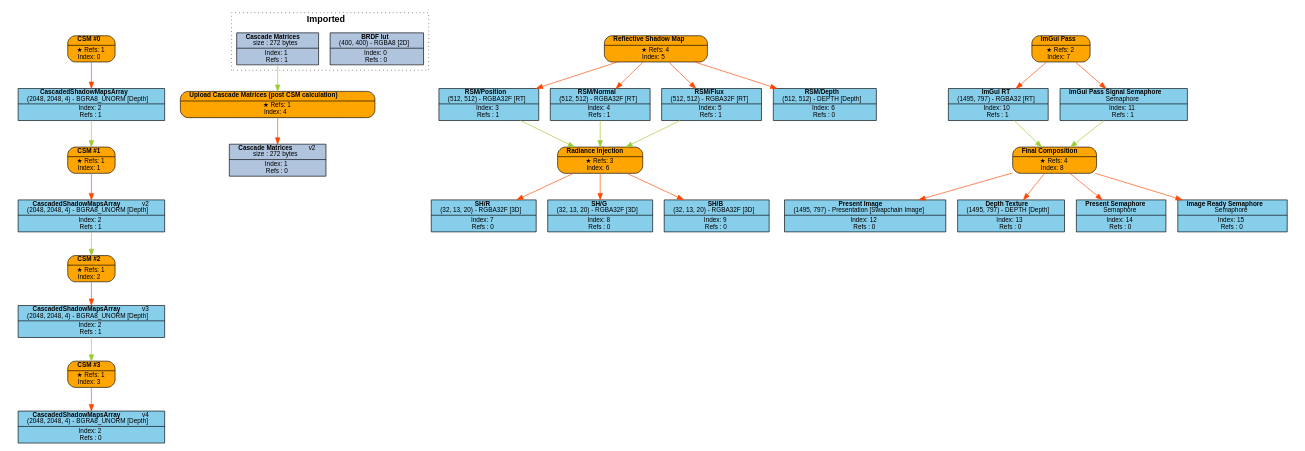
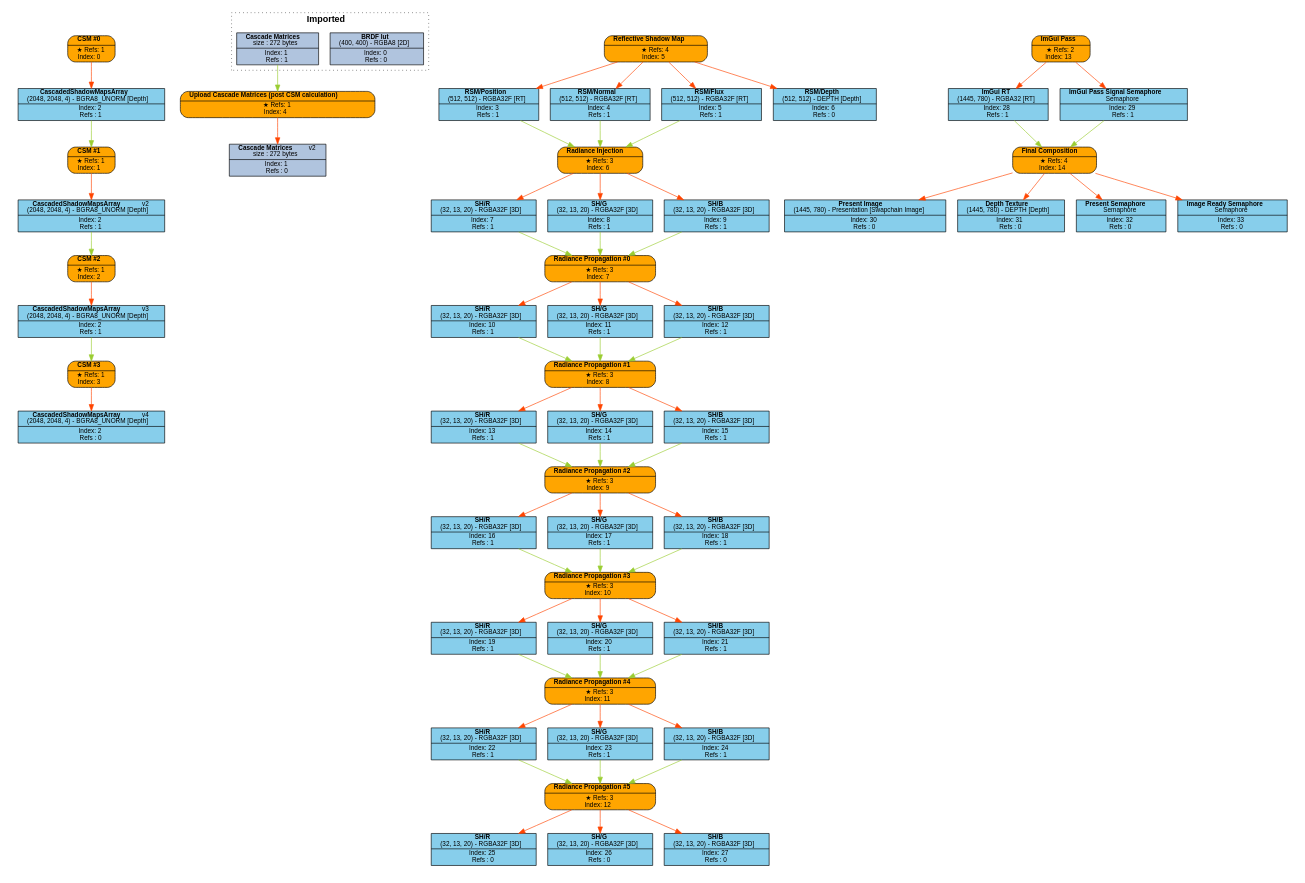
One commit to Pikachuxxxx/Razix changed the diagram in Engine/content/FrameGraphs/frame_graph_test.dot. Above: the diagram before and after it, drawn with Graphviz. The commit also changed 33 other files, not shown here.

Commit message:
[Graphics] Added Radiance Propagation pass for GI; fixed issues with viewport size for radiance injection and propagation pass;

```diff
--- a/Engine/content/FrameGraphs/frame_graph_test.dot
+++ b/Engine/content/FrameGraphs/frame_graph_test.dot
@@ -1,100 +1,166 @@
 digraph FrameGraph {
 graph [style=invis, rankdir="TB" ordering=out, splines=spline]
 node [shape=record, fontname="helvetica", fontsize=10, margin="0.2,0.03"]
 
 P0 [label=<{ {<B>CSM #0</B>} | {&#x2605; Refs: 1<BR/> Index: 0} }> style="rounded,filled", fillcolor=orange]
 P1 [label=<{ {<B>CSM #1</B>} | {&#x2605; Refs: 1<BR/> Index: 1} }> style="rounded,filled", fillcolor=orange]
 P2 [label=<{ {<B>CSM #2</B>} | {&#x2605; Refs: 1<BR/> Index: 2} }> style="rounded,filled", fillcolor=orange]
 P3 [label=<{ {<B>CSM #3</B>} | {&#x2605; Refs: 1<BR/> Index: 3} }> style="rounded,filled", fillcolor=orange]
 P4 [label=<{ {<B>Upload Cascade Matrices (post CSM calculation)</B>} | {&#x2605; Refs: 1<BR/> Index: 4} }> style="rounded,filled", fillcolor=orange]
 P5 [label=<{ {<B>Reflective Shadow Map</B>} | {&#x2605; Refs: 4<BR/> Index: 5} }> style="rounded,filled", fillcolor=orange]
 P6 [label=<{ {<B>Radiance Injection</B>} | {&#x2605; Refs: 3<BR/> Index: 6} }> style="rounded,filled", fillcolor=orange]
-P7 [label=<{ {<B>ImGui Pass</B>} | {&#x2605; Refs: 2<BR/> Index: 7} }> style="rounded,filled", fillcolor=orange]
-P8 [label=<{ {<B>Final Composition</B>} | {&#x2605; Refs: 4<BR/> Index: 8} }> style="rounded,filled", fillcolor=orange]
+P7 [label=<{ {<B>Radiance Propagation #0</B>} | {&#x2605; Refs: 3<BR/> Index: 7} }> style="rounded,filled", fillcolor=orange]
+P8 [label=<{ {<B>Radiance Propagation #1</B>} | {&#x2605; Refs: 3<BR/> Index: 8} }> style="rounded,filled", fillcolor=orange]
+P9 [label=<{ {<B>Radiance Propagation #2</B>} | {&#x2605; Refs: 3<BR/> Index: 9} }> style="rounded,filled", fillcolor=orange]
+P10 [label=<{ {<B>Radiance Propagation #3</B>} | {&#x2605; Refs: 3<BR/> Index: 10} }> style="rounded,filled", fillcolor=orange]
+P11 [label=<{ {<B>Radiance Propagation #4</B>} | {&#x2605; Refs: 3<BR/> Index: 11} }> style="rounded,filled", fillcolor=orange]
+P12 [label=<{ {<B>Radiance Propagation #5</B>} | {&#x2605; Refs: 3<BR/> Index: 12} }> style="rounded,filled", fillcolor=orange]
+P13 [label=<{ {<B>ImGui Pass</B>} | {&#x2605; Refs: 2<BR/> Index: 13} }> style="rounded,filled", fillcolor=orange]
+P14 [label=<{ {<B>Final Composition</B>} | {&#x2605; Refs: 4<BR/> Index: 14} }> style="rounded,filled", fillcolor=orange]
 
 R0_1 [label=<{ {<B>BRDF lut</B><BR/>(400, 400) - RGBA8 [2D]} | {Index: 0<BR/>Refs : 0} }> style=filled, fillcolor=lightsteelblue]
 R1_1 [label=<{ {<B>Cascade Matrices</B><BR/>size : 272 bytes} | {Index: 1<BR/>Refs : 1} }> style=filled, fillcolor=lightsteelblue]
 R2_1 [label=<{ {<B>CascadedShadowMapsArray</B><BR/>(2048, 2048, 4) - BGRA8_UNORM [Depth]} | {Index: 2<BR/>Refs : 1} }> style=filled, fillcolor=skyblue]
 R2_2 [label=<{ {<B>CascadedShadowMapsArray</B>   <FONT>v2</FONT><BR/>(2048, 2048, 4) - BGRA8_UNORM [Depth]} | {Index: 2<BR/>Refs : 1} }> style=filled, fillcolor=skyblue]
 R2_3 [label=<{ {<B>CascadedShadowMapsArray</B>   <FONT>v3</FONT><BR/>(2048, 2048, 4) - BGRA8_UNORM [Depth]} | {Index: 2<BR/>Refs : 1} }> style=filled, fillcolor=skyblue]
 R2_4 [label=<{ {<B>CascadedShadowMapsArray</B>   <FONT>v4</FONT><BR/>(2048, 2048, 4) - BGRA8_UNORM [Depth]} | {Index: 2<BR/>Refs : 0} }> style=filled, fillcolor=skyblue]
 R1_2 [label=<{ {<B>Cascade Matrices</B>   <FONT>v2</FONT><BR/>size : 272 bytes} | {Index: 1<BR/>Refs : 0} }> style=filled, fillcolor=lightsteelblue]
 R3_1 [label=<{ {<B>RSM/Position</B><BR/>(512, 512) - RGBA32F [RT]} | {Index: 3<BR/>Refs : 1} }> style=filled, fillcolor=skyblue]
 R4_1 [label=<{ {<B>RSM/Normal</B><BR/>(512, 512) - RGBA32F [RT]} | {Index: 4<BR/>Refs : 1} }> style=filled, fillcolor=skyblue]
 R5_1 [label=<{ {<B>RSM/Flux</B><BR/>(512, 512) - RGBA32F [RT]} | {Index: 5<BR/>Refs : 1} }> style=filled, fillcolor=skyblue]
 R6_1 [label=<{ {<B>RSM/Depth</B><BR/>(512, 512) - DEPTH [Depth]} | {Index: 6<BR/>Refs : 0} }> style=filled, fillcolor=skyblue]
-R7_1 [label=<{ {<B>SH/R</B><BR/>(32, 13, 20) - RGBA32F [3D]} | {Index: 7<BR/>Refs : 0} }> style=filled, fillcolor=skyblue]
-R8_1 [label=<{ {<B>SH/G</B><BR/>(32, 13, 20) - RGBA32F [3D]} | {Index: 8<BR/>Refs : 0} }> style=filled, fillcolor=skyblue]
-R9_1 [label=<{ {<B>SH/B</B><BR/>(32, 13, 20) - RGBA32F [3D]} | {Index: 9<BR/>Refs : 0} }> style=filled, fillcolor=skyblue]
-R10_1 [label=<{ {<B>ImGui RT</B><BR/>(1495, 797) - RGBA32 [RT]} | {Index: 10<BR/>Refs : 1} }> style=filled, fillcolor=skyblue]
-R11_1 [label=<{ {<B>ImGui Pass Signal Semaphore</B><BR/>Semaphore} | {Index: 11<BR/>Refs : 1} }> style=filled, fillcolor=skyblue]
-R12_1 [label=<{ {<B>Present Image</B><BR/>(1495, 797) - Presentation [Swapchain Image]} | {Index: 12<BR/>Refs : 0} }> style=filled, fillcolor=skyblue]
-R13_1 [label=<{ {<B>Depth Texture</B><BR/>(1495, 797) - DEPTH [Depth]} | {Index: 13<BR/>Refs : 0} }> style=filled, fillcolor=skyblue]
-R14_1 [label=<{ {<B>Present Semaphore</B><BR/>Semaphore} | {Index: 14<BR/>Refs : 0} }> style=filled, fillcolor=skyblue]
-R15_1 [label=<{ {<B>Image Ready Semaphore</B><BR/>Semaphore} | {Index: 15<BR/>Refs : 0} }> style=filled, fillcolor=skyblue]
+R7_1 [label=<{ {<B>SH/R</B><BR/>(32, 13, 20) - RGBA32F [3D]} | {Index: 7<BR/>Refs : 1} }> style=filled, fillcolor=skyblue]
+R8_1 [label=<{ {<B>SH/G</B><BR/>(32, 13, 20) - RGBA32F [3D]} | {Index: 8<BR/>Refs : 1} }> style=filled, fillcolor=skyblue]
+R9_1 [label=<{ {<B>SH/B</B><BR/>(32, 13, 20) - RGBA32F [3D]} | {Index: 9<BR/>Refs : 1} }> style=filled, fillcolor=skyblue]
+R10_1 [label=<{ {<B>SH/R</B><BR/>(32, 13, 20) - RGBA32F [3D]} | {Index: 10<BR/>Refs : 1} }> style=filled, fillcolor=skyblue]
+R11_1 [label=<{ {<B>SH/G</B><BR/>(32, 13, 20) - RGBA32F [3D]} | {Index: 11<BR/>Refs : 1} }> style=filled, fillcolor=skyblue]
+R12_1 [label=<{ {<B>SH/B</B><BR/>(32, 13, 20) - RGBA32F [3D]} | {Index: 12<BR/>Refs : 1} }> style=filled, fillcolor=skyblue]
+R13_1 [label=<{ {<B>SH/R</B><BR/>(32, 13, 20) - RGBA32F [3D]} | {Index: 13<BR/>Refs : 1} }> style=filled, fillcolor=skyblue]
+R14_1 [label=<{ {<B>SH/G</B><BR/>(32, 13, 20) - RGBA32F [3D]} | {Index: 14<BR/>Refs : 1} }> style=filled, fillcolor=skyblue]
+R15_1 [label=<{ {<B>SH/B</B><BR/>(32, 13, 20) - RGBA32F [3D]} | {Index: 15<BR/>Refs : 1} }> style=filled, fillcolor=skyblue]
+R16_1 [label=<{ {<B>SH/R</B><BR/>(32, 13, 20) - RGBA32F [3D]} | {Index: 16<BR/>Refs : 1} }> style=filled, fillcolor=skyblue]
+R17_1 [label=<{ {<B>SH/G</B><BR/>(32, 13, 20) - RGBA32F [3D]} | {Index: 17<BR/>Refs : 1} }> style=filled, fillcolor=skyblue]
+R18_1 [label=<{ {<B>SH/B</B><BR/>(32, 13, 20) - RGBA32F [3D]} | {Index: 18<BR/>Refs : 1} }> style=filled, fillcolor=skyblue]
+R19_1 [label=<{ {<B>SH/R</B><BR/>(32, 13, 20) - RGBA32F [3D]} | {Index: 19<BR/>Refs : 1} }> style=filled, fillcolor=skyblue]
+R20_1 [label=<{ {<B>SH/G</B><BR/>(32, 13, 20) - RGBA32F [3D]} | {Index: 20<BR/>Refs : 1} }> style=filled, fillcolor=skyblue]
+R21_1 [label=<{ {<B>SH/B</B><BR/>(32, 13, 20) - RGBA32F [3D]} | {Index: 21<BR/>Refs : 1} }> style=filled, fillcolor=skyblue]
+R22_1 [label=<{ {<B>SH/R</B><BR/>(32, 13, 20) - RGBA32F [3D]} | {Index: 22<BR/>Refs : 1} }> style=filled, fillcolor=skyblue]
+R23_1 [label=<{ {<B>SH/G</B><BR/>(32, 13, 20) - RGBA32F [3D]} | {Index: 23<BR/>Refs : 1} }> style=filled, fillcolor=skyblue]
+R24_1 [label=<{ {<B>SH/B</B><BR/>(32, 13, 20) - RGBA32F [3D]} | {Index: 24<BR/>Refs : 1} }> style=filled, fillcolor=skyblue]
+R25_1 [label=<{ {<B>SH/R</B><BR/>(32, 13, 20) - RGBA32F [3D]} | {Index: 25<BR/>Refs : 0} }> style=filled, fillcolor=skyblue]
+R26_1 [label=<{ {<B>SH/G</B><BR/>(32, 13, 20) - RGBA32F [3D]} | {Index: 26<BR/>Refs : 0} }> style=filled, fillcolor=skyblue]
+R27_1 [label=<{ {<B>SH/B</B><BR/>(32, 13, 20) - RGBA32F [3D]} | {Index: 27<BR/>Refs : 0} }> style=filled, fillcolor=skyblue]
+R28_1 [label=<{ {<B>ImGui RT</B><BR/>(1445, 780) - RGBA32 [RT]} | {Index: 28<BR/>Refs : 1} }> style=filled, fillcolor=skyblue]
+R29_1 [label=<{ {<B>ImGui Pass Signal Semaphore</B><BR/>Semaphore} | {Index: 29<BR/>Refs : 1} }> style=filled, fillcolor=skyblue]
+R30_1 [label=<{ {<B>Present Image</B><BR/>(1445, 780) - Presentation [Swapchain Image]} | {Index: 30<BR/>Refs : 0} }> style=filled, fillcolor=skyblue]
+R31_1 [label=<{ {<B>Depth Texture</B><BR/>(1445, 780) - DEPTH [Depth]} | {Index: 31<BR/>Refs : 0} }> style=filled, fillcolor=skyblue]
+R32_1 [label=<{ {<B>Present Semaphore</B><BR/>Semaphore} | {Index: 32<BR/>Refs : 0} }> style=filled, fillcolor=skyblue]
+R33_1 [label=<{ {<B>Image Ready Semaphore</B><BR/>Semaphore} | {Index: 33<BR/>Refs : 0} }> style=filled, fillcolor=skyblue]
 
 P0 -> { R2_1 } [color=orangered]
 P1 -> { R2_2 } [color=orangered]
 P2 -> { R2_3 } [color=orangered]
 P3 -> { R2_4 } [color=orangered]
 P4 -> { R1_2 } [color=orangered]
 P5 -> { R3_1 R4_1 R5_1 R6_1 } [color=orangered]
 P6 -> { R7_1 R8_1 R9_1 } [color=orangered]
-P7 -> { R10_1 R11_1 } [color=orangered]
-P8 -> { R12_1 R13_1 R14_1 R15_1 } [color=orangered]
+P7 -> { R10_1 R11_1 R12_1 } [color=orangered]
+P8 -> { R13_1 R14_1 R15_1 } [color=orangered]
+P9 -> { R16_1 R17_1 R18_1 } [color=orangered]
+P10 -> { R19_1 R20_1 R21_1 } [color=orangered]
+P11 -> { R22_1 R23_1 R24_1 } [color=orangered]
+P12 -> { R25_1 R26_1 R27_1 } [color=orangered]
+P13 -> { R28_1 R29_1 } [color=orangered]
+P14 -> { R30_1 R31_1 R32_1 R33_1 } [color=orangered]
 
 R0_1 -> { } [color=olivedrab3]
 R1_1 -> { P4 } [color=olivedrab3]
 R2_1 -> { P1 } [color=olivedrab3]
 R2_2 -> { P2 } [color=olivedrab3]
 R2_3 -> { P3 } [color=olivedrab3]
 R2_4 -> { } [color=olivedrab3]
 R1_2 -> { } [color=olivedrab3]
 R3_1 -> { P6 } [color=olivedrab3]
 R4_1 -> { P6 } [color=olivedrab3]
 R5_1 -> { P6 } [color=olivedrab3]
 R6_1 -> { } [color=olivedrab3]
-R7_1 -> { } [color=olivedrab3]
-R8_1 -> { } [color=olivedrab3]
-R9_1 -> { } [color=olivedrab3]
+R7_1 -> { P7 } [color=olivedrab3]
+R8_1 -> { P7 } [color=olivedrab3]
+R9_1 -> { P7 } [color=olivedrab3]
 R10_1 -> { P8 } [color=olivedrab3]
 R11_1 -> { P8 } [color=olivedrab3]
-R12_1 -> { } [color=olivedrab3]
-R13_1 -> { } [color=olivedrab3]
-R14_1 -> { } [color=olivedrab3]
-R15_1 -> { } [color=olivedrab3]
+R12_1 -> { P8 } [color=olivedrab3]
+R13_1 -> { P9 } [color=olivedrab3]
+R14_1 -> { P9 } [color=olivedrab3]
+R15_1 -> { P9 } [color=olivedrab3]
+R16_1 -> { P10 } [color=olivedrab3]
+R17_1 -> { P10 } [color=olivedrab3]
+R18_1 -> { P10 } [color=olivedrab3]
+R19_1 -> { P11 } [color=olivedrab3]
+R20_1 -> { P11 } [color=olivedrab3]
+R21_1 -> { P11 } [color=olivedrab3]
+R22_1 -> { P12 } [color=olivedrab3]
+R23_1 -> { P12 } [color=olivedrab3]
+R24_1 -> { P12 } [color=olivedrab3]
+R25_1 -> { } [color=olivedrab3]
+R26_1 -> { } [color=olivedrab3]
+R27_1 -> { } [color=olivedrab3]
+R28_1 -> { P14 } [color=olivedrab3]
+R29_1 -> { P14 } [color=olivedrab3]
+R30_1 -> { } [color=olivedrab3]
+R31_1 -> { } [color=olivedrab3]
+R32_1 -> { } [color=olivedrab3]
+R33_1 -> { } [color=olivedrab3]
 
 subgraph cluster_0 {
 P0 R2_1 
 }
 subgraph cluster_1 {
 P1 
 }
 subgraph cluster_2 {
 P2 
 }
 subgraph cluster_3 {
 P3 
 }
 subgraph cluster_4 {
 P4 
 }
 subgraph cluster_5 {
 P5 R3_1 R4_1 R5_1 R6_1 
 }
 subgraph cluster_6 {
 P6 R7_1 R8_1 R9_1 
 }
 subgraph cluster_7 {
-P7 R10_1 R11_1 
+P7 R10_1 R11_1 R12_1 
 }
 subgraph cluster_8 {
-P8 R12_1 R13_1 R14_1 R15_1 
+P8 R13_1 R14_1 R15_1 
+}
+subgraph cluster_9 {
+P9 R16_1 R17_1 R18_1 
+}
+subgraph cluster_10 {
+P10 R19_1 R20_1 R21_1 
+}
+subgraph cluster_11 {
+P11 R22_1 R23_1 R24_1 
+}
+subgraph cluster_12 {
+P12 R25_1 R26_1 R27_1 
+}
+subgraph cluster_13 {
+P13 R28_1 R29_1 
+}
+subgraph cluster_14 {
+P14 R30_1 R31_1 R32_1 R33_1 
 }
 
 subgraph cluster_imported_resources {
 graph [style=dotted, fontname="helvetica", label=< <B>Imported</B> >]
 R0_1 R1_1 
 }
 
 }
```
